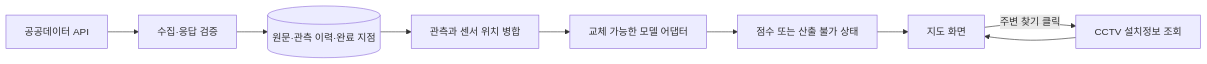
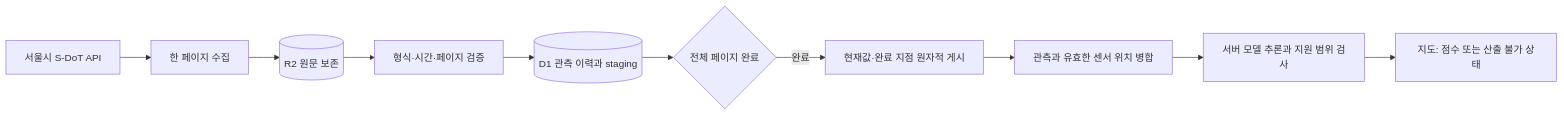
One commit to roberYM11/safenight changed the diagram in README.md. Above: the diagram before and after it, drawn with Mermaid. The commit also changed other lines of this file and 162 other files, not shown here.

````diff
--- a/README.md
+++ b/README.md
@@ -54,11 +26,12 @@
 ```mermaid
 flowchart LR
-    S[공공데이터 API] --> C[수집·응답 검증]
-    C --> DB[(원문·관측 이력·완료 지점)]
-    DB --> F[관측과 센서 위치 병합]
-    F --> A[교체 가능한 모델 어댑터]
-    A --> API[점수 또는 산출 불가 상태]
-    API --> MAP[지도 화면]
-    MAP -->|주변 찾기 클릭| CCTV[CCTV 설치정보 조회]
-    CCTV --> MAP
+    S[서울시 S-DoT API] --> C[한 페이지 수집]
+    C --> R[(R2 원문 보존)]
+    R --> V[형식·시간·페이지 검증]
+    V --> D[(D1 관측 이력과 staging)]
+    D --> G{전체 페이지 완료}
+    G -->|완료| P[현재값·완료 지점 원자적 게시]
+    P --> F[관측과 유효한 센서 위치 병합]
+    F --> M[서버 모델 추론과 지원 범위 검사]
+    M --> W[지도: 점수 또는 산출 불가 상태]
 ```
````
